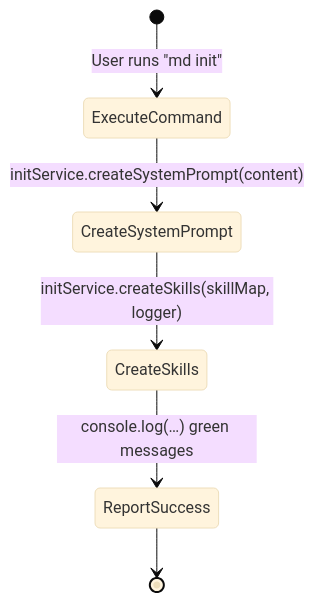
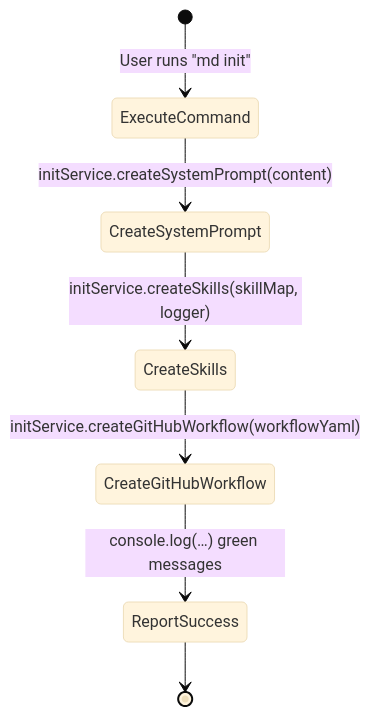
Before and after one commit to JulioCRFilho/mermaid-diagram-driven-development: the first of 3 diagrams in src/commands/init.spec.md, drawn with Mermaid (base theme). The commit also changed other lines of this file and 6 other files, not shown here.

First line of the commit message:
feat(init): add GitHub Actions workflow for automated Mermaid diagram preview on PRs

````diff
--- a/src/commands/init.spec.md
+++ b/src/commands/init.spec.md
@@ -13,9 +13,10 @@
 ```mermaid
-%% @spec-version v1.2.0
+%% @spec-version v1.3.0
 stateDiagram-v2
     [*] --> ExecuteCommand: User runs "md init"
     ExecuteCommand --> CreateSystemPrompt: initService.createSystemPrompt(content)
     CreateSystemPrompt --> CreateSkills: initService.createSkills(skillMap, logger)
-    CreateSkills --> ReportSuccess: console.log(…) green messages
+    CreateSkills --> CreateGitHubWorkflow: initService.createGitHubWorkflow(workflowYaml)
+    CreateGitHubWorkflow --> ReportSuccess: console.log(…) green messages
     ReportSuccess --> [*]
 ```
````
